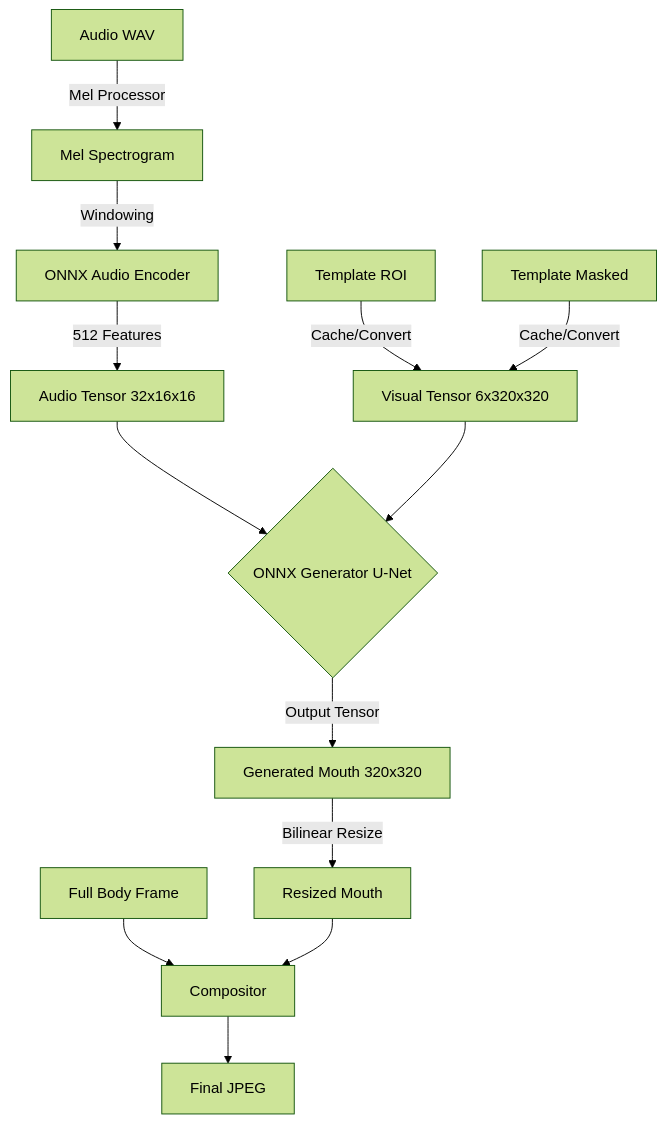
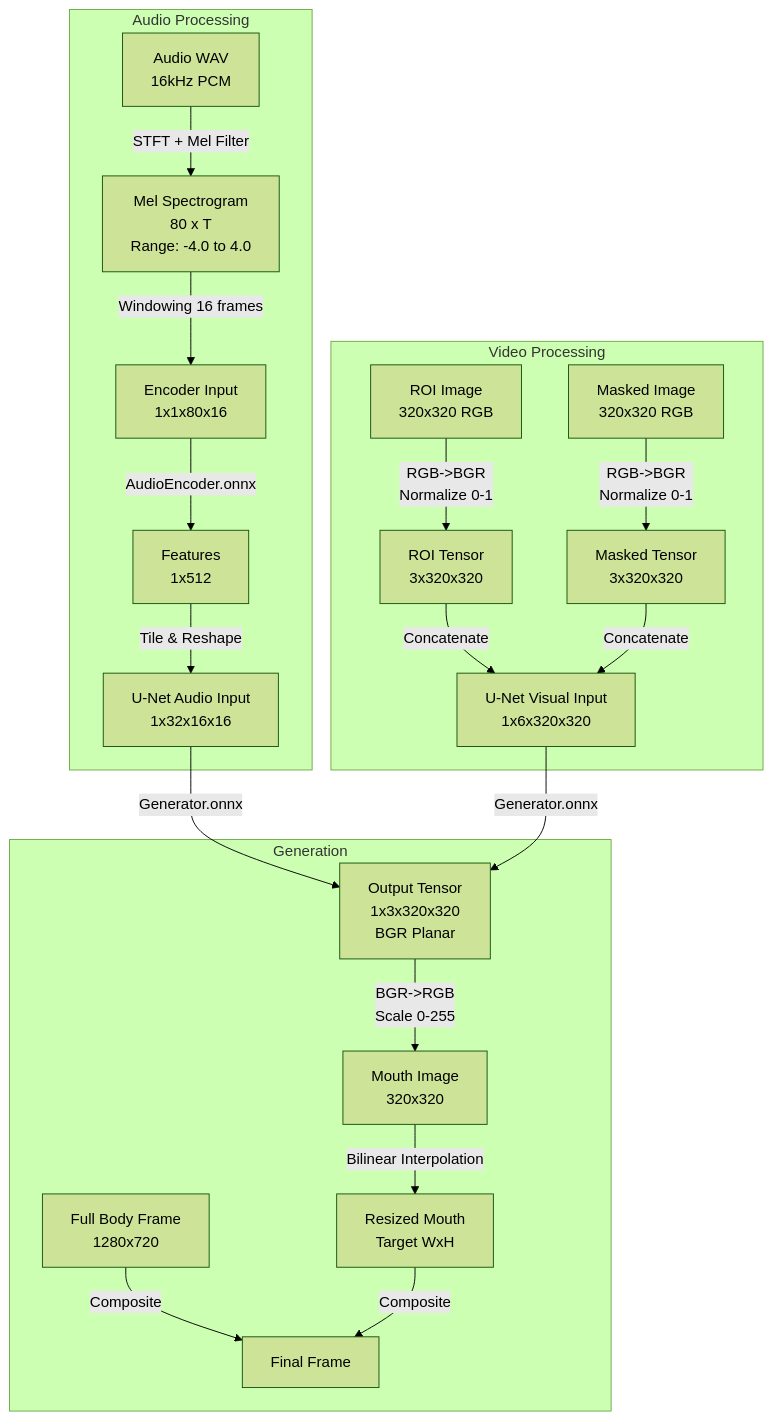
The diagram in go_optimized/PIPELINE_FLOW.md (cvoalex/digital-clone), drawn with Mermaid (forest theme) before and after one commit. The commit also changed other lines of this file, not shown here.

Commit message:
Update Go pipeline docs with detailed tensor specs

````diff
--- a/go_optimized/PIPELINE_FLOW.md
+++ b/go_optimized/PIPELINE_FLOW.md
@@ -113,19 +145,22 @@
 ```mermaid
 graph TD
-    A[Audio WAV] -->|Mel Processor| B[Mel Spectrogram]
-    B -->|Windowing| C[ONNX Audio Encoder]
-    C -->|512 Features| D[Audio Tensor 32x16x16]
-    
-    E[Template ROI] -->|Cache/Convert| F[Visual Tensor 6x320x320]
-    G[Template Masked] -->|Cache/Convert| F
-    
-    D --> H{ONNX Generator U-Net}
-    F --> H
-    
-    H -->|Output Tensor| I[Generated Mouth 320x320]
-    I -->|Bilinear Resize| J[Resized Mouth]
-    
-    K[Full Body Frame] --> L[Compositor]
-    J --> L
-    L --> M[Final JPEG]
+    subgraph Audio Processing
+    A[Audio WAV<br>16kHz PCM] -->|STFT + Mel Filter| B[Mel Spectrogram<br>80 x T<br>Range: -4.0 to 4.0]
+    B -->|Windowing 16 frames| C[Encoder Input<br>1x1x80x16]
+    C -->|AudioEncoder.onnx| D[Features<br>1x512]
+    D -->|Tile & Reshape| E[U-Net Audio Input<br>1x32x16x16]
+    end
+
+    subgraph Video Processing
+    F[ROI Image<br>320x320 RGB] -->|RGB->BGR<br>Normalize 0-1| G[ROI Tensor<br>3x320x320]
+    H[Masked Image<br>320x320 RGB] -->|RGB->BGR<br>Normalize 0-1| I[Masked Tensor<br>3x320x320]
+    G & I -->|Concatenate| J[U-Net Visual Input<br>1x6x320x320]
+    end
+
+    subgraph Generation
+    E & J -->|Generator.onnx| K[Output Tensor<br>1x3x320x320<br>BGR Planar]
+    K -->|BGR->RGB<br>Scale 0-255| L[Mouth Image<br>320x320]
+    L -->|Bilinear Interpolation| M[Resized Mouth<br>Target WxH]
+    N[Full Body Frame<br>1280x720] & M -->|Composite| O[Final Frame]
+    end
 ```
````
